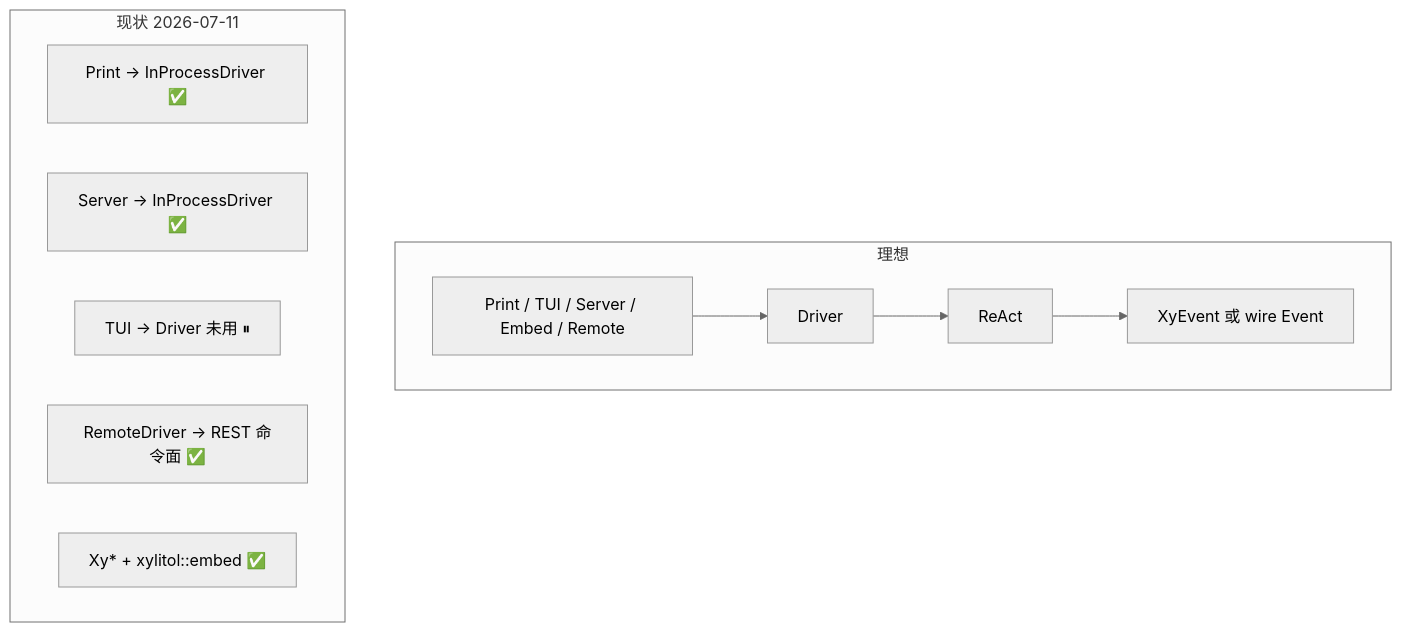
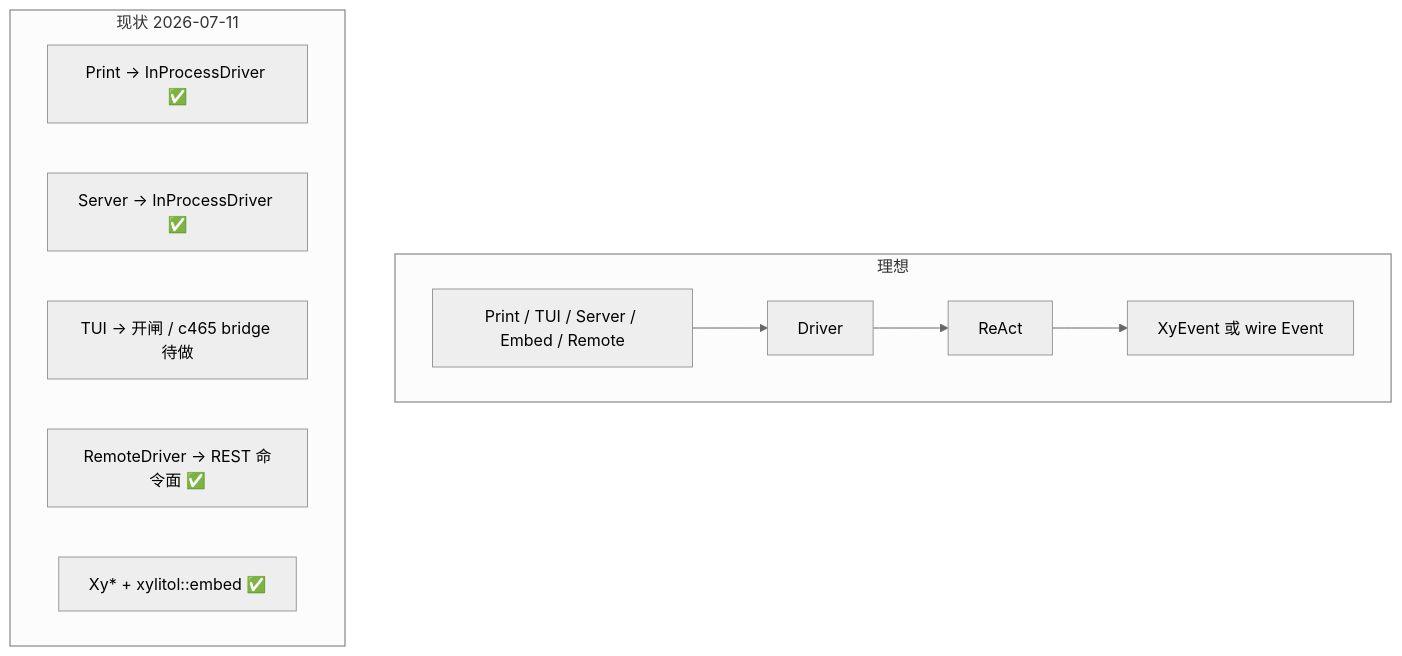
The diagram in docs/architecture/library-and-clients.md (StrayDragon/xylitol), drawn with Mermaid (neutral theme) before and after one commit. The commit also changed other lines of this file and 17 other files, not shown here.

````diff
--- a/docs/architecture/library-and-clients.md
+++ b/docs/architecture/library-and-clients.md
@@ -42,18 +42,18 @@
 ```mermaid
 flowchart TB
   subgraph Ideal["理想"]
     C1["Print / TUI / Server / Embed / Remote"]
     D["Driver"]
     R["ReAct"]
     E["XyEvent 或 wire Event"]
     C1 --> D --> R --> E
   end
 
   subgraph Actual["现状 2026-07-11"]
     P["Print → InProcessDriver ✅"]
     S["Server → InProcessDriver ✅"]
-    T["TUI → Driver 未用 ⏸"]
+    T["TUI → 开闸 / c465 bridge 待做"]
     Rem["RemoteDriver → REST 命令面 ✅"]
     Lib["Xy* + xylitol::embed ✅"]
   end
 ```
````
